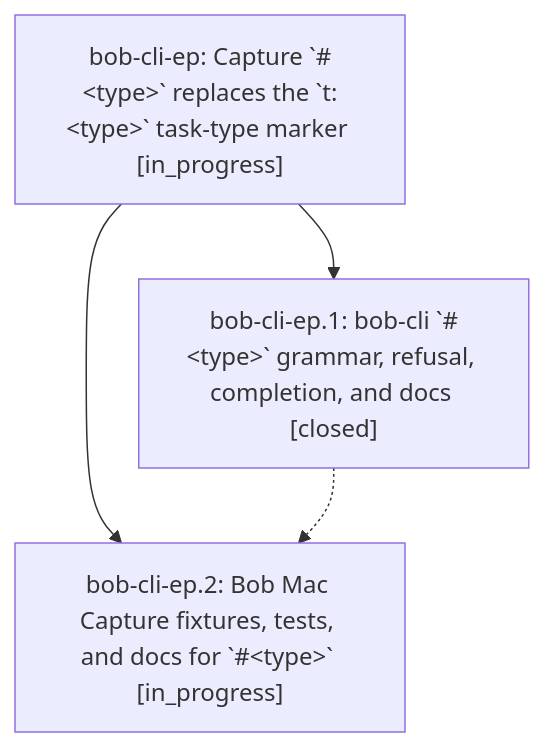
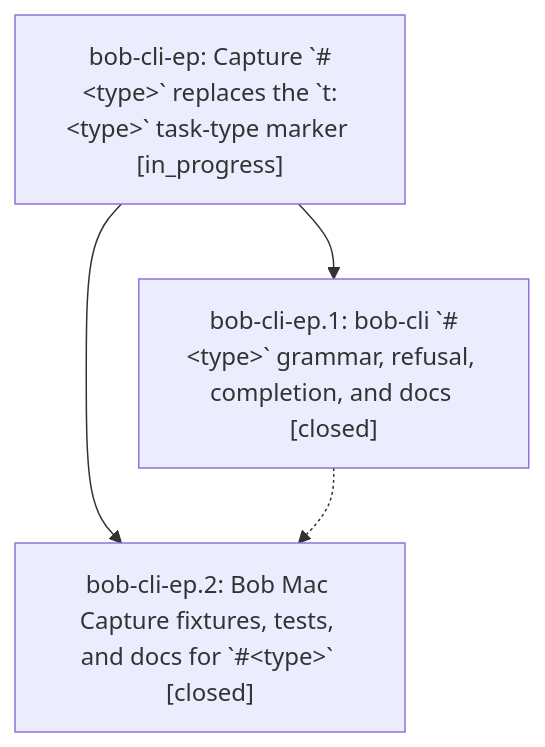
The diagram in pages/bob-cli-ep/README.md (bobs-org/bob-cli--beads), drawn with Mermaid before and after one commit. The commit also changed other lines of this file and 2 other files, not shown here.

First line of the commit message:
chore(beads): sync bead state and pages for bob-cli-ep

````diff
--- a/pages/bob-cli-ep/README.md
+++ b/pages/bob-cli-ep/README.md
@@ -35,9 +35,9 @@
 ```mermaid
 flowchart TD
     n0["bob-cli-ep: Capture `#&lt;type&gt;` replaces the `t:&lt;type&gt;` task-type marker [in_progress]"]
     n1["bob-cli-ep.1: bob-cli `#&lt;type&gt;` grammar, refusal, completion, and docs [closed]"]
-    n2["bob-cli-ep.2: Bob Mac Capture fixtures, tests, and docs for `#&lt;type&gt;` [in_progress]"]
+    n2["bob-cli-ep.2: Bob Mac Capture fixtures, tests, and docs for `#&lt;type&gt;` [closed]"]
     n0 --> n1
     n0 --> n2
     n1 -.-> n2
 ```
````
